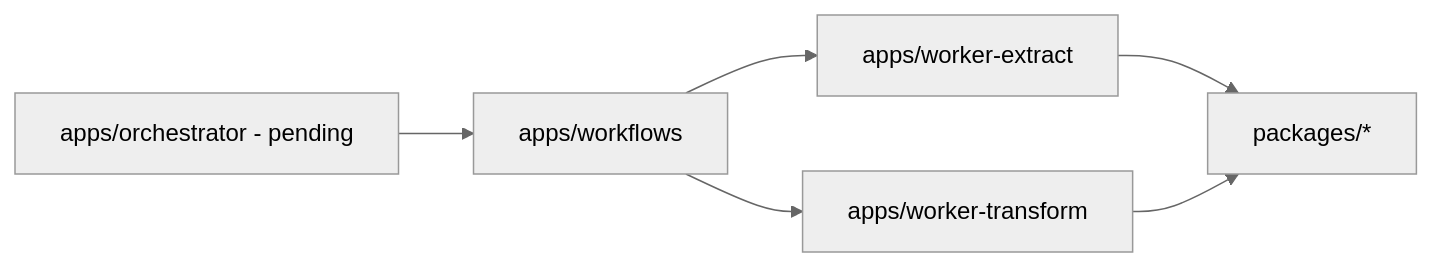
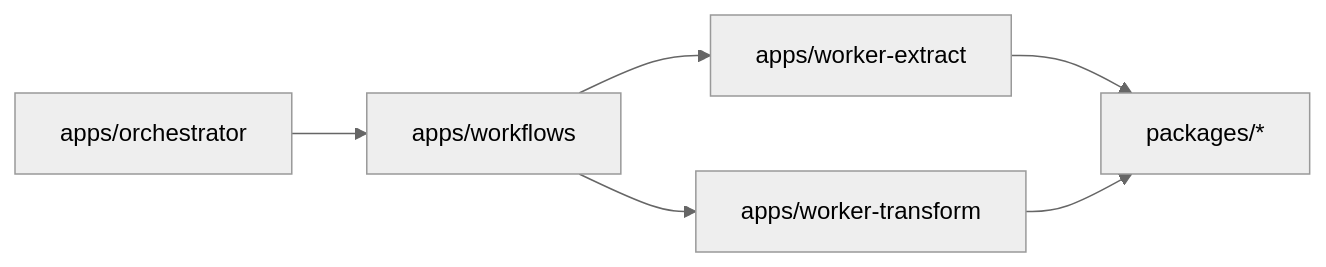
The diagram in lode/summary.md (dxta-dev/pipeline), drawn with Mermaid (neutral theme) before and after one commit. The commit also changed other lines of this file and 12 other files, not shown here.

````diff
--- a/lode/summary.md
+++ b/lode/summary.md
@@ -43,8 +44,8 @@
 ```mermaid
 flowchart LR
-  orchestrator[apps/orchestrator - pending] --> workflows[apps/workflows]
+  orchestrator[apps/orchestrator] --> workflows[apps/workflows]
   workflows --> workerExtract[apps/worker-extract]
   workflows --> workerTransform[apps/worker-transform]
   workerExtract --> packages[packages/*]
   workerTransform --> packages
 ```
````
